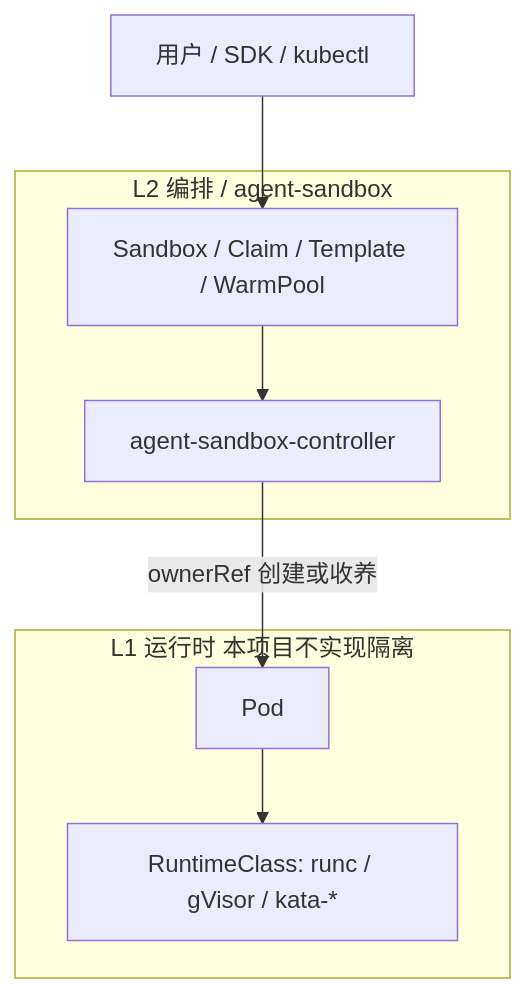
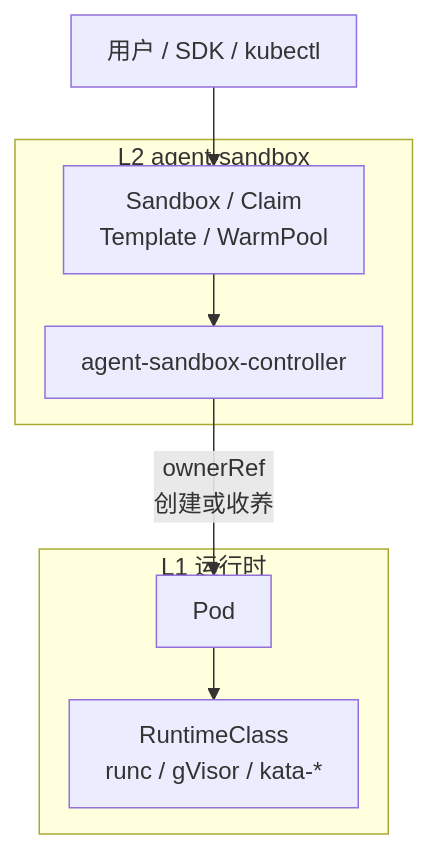
The first of 11 diagrams in docs/agent-sandbox-operator.md (forrestIsRunning/kind-k8s-learning), drawn with Mermaid before and after one commit. The commit also changed other lines of this file and 2 other files, not shown here.

Commit message:
Stop mermaid diagrams from clipping labels and bottoms.

````diff
--- a/docs/agent-sandbox-operator.md
+++ b/docs/agent-sandbox-operator.md
@@ -28,17 +28,27 @@
 ```mermaid
+---
+config:
+  flowchart:
+    htmlLabels: true
+    wrappingWidth: 200
+    padding: 12
+    useMaxWidth: false
+    rankSpacing: 35
+    nodeSpacing: 20
+---
 flowchart TB
-  subgraph L2["L2 编排 / agent-sandbox"]
-    CR["Sandbox / Claim / Template / WarmPool"]
+  subgraph L2["L2 agent-sandbox"]
+    CR["Sandbox / Claim<br/>Template / WarmPool"]
     OP["agent-sandbox-controller"]
     CR --> OP
   end
 
-  subgraph L1["L1 运行时 本项目不实现隔离"]
+  subgraph L1["L1 运行时"]
     POD["Pod"]
-    RC["RuntimeClass: runc / gVisor / kata-*"]
+    RC["RuntimeClass<br/>runc / gVisor / kata-*"]
     POD --> RC
   end
 
-  OP -->|"ownerRef 创建或收养"| POD
+  OP -->|"ownerRef<br/>创建或收养"| POD
   USER["用户 / SDK / kubectl"] --> CR
 ```
````
